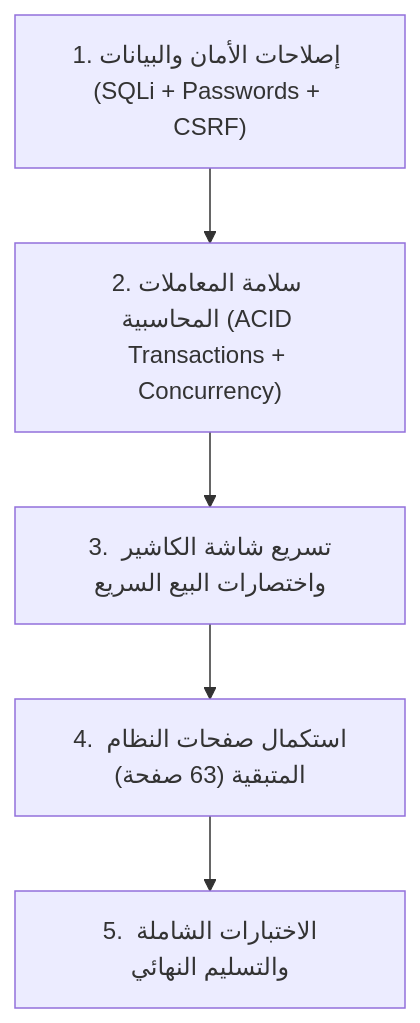
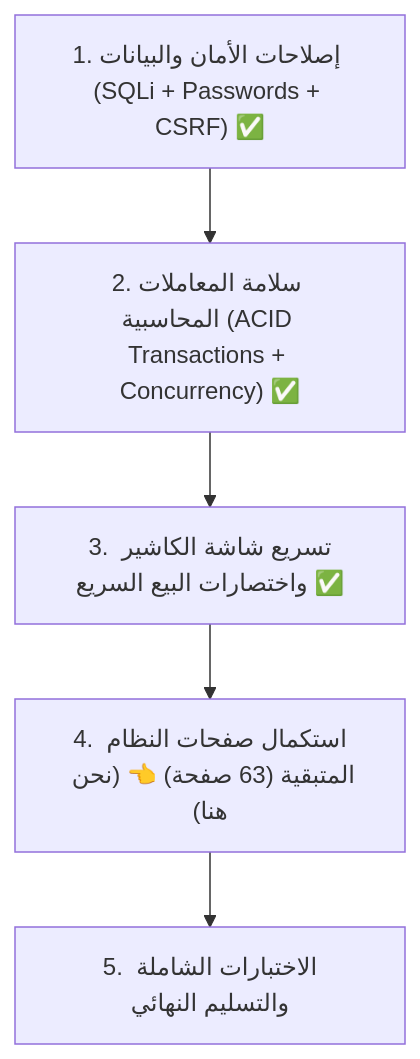
The diagram in START_HERE_UPDATE.md (profwema/POS), drawn with Mermaid before and after one commit. The commit also changed other lines of this file and 32 other files, not shown here.

````diff
--- a/START_HERE_UPDATE.md
+++ b/START_HERE_UPDATE.md
@@ -49,7 +50,7 @@
 ```mermaid
 graph TD
-    M1["1. إصلاحات الأمان والبيانات (SQLi + Passwords + CSRF)"] --> M2["2. سلامة المعاملات المحاسبية (ACID Transactions + Concurrency)"]
-    M2 --> M3["3. تسريع شاشة الكاشير واختصارات البيع السريع"]
-    M3 --> M4["4. استكمال صفحات النظام المتبقية (63 صفحة)"]
+    M1["1. إصلاحات الأمان والبيانات (SQLi + Passwords + CSRF) ✅"] --> M2["2. سلامة المعاملات المحاسبية (ACID Transactions + Concurrency) ✅"]
+    M2 --> M3["3. تسريع شاشة الكاشير واختصارات البيع السريع ✅"]
+    M3 --> M4["4. استكمال صفحات النظام المتبقية (63 صفحة) 👈 (نحن هنا)"]
     M4 --> M5["5. الاختبارات الشاملة والتسليم النهائي"]
 ```
````
